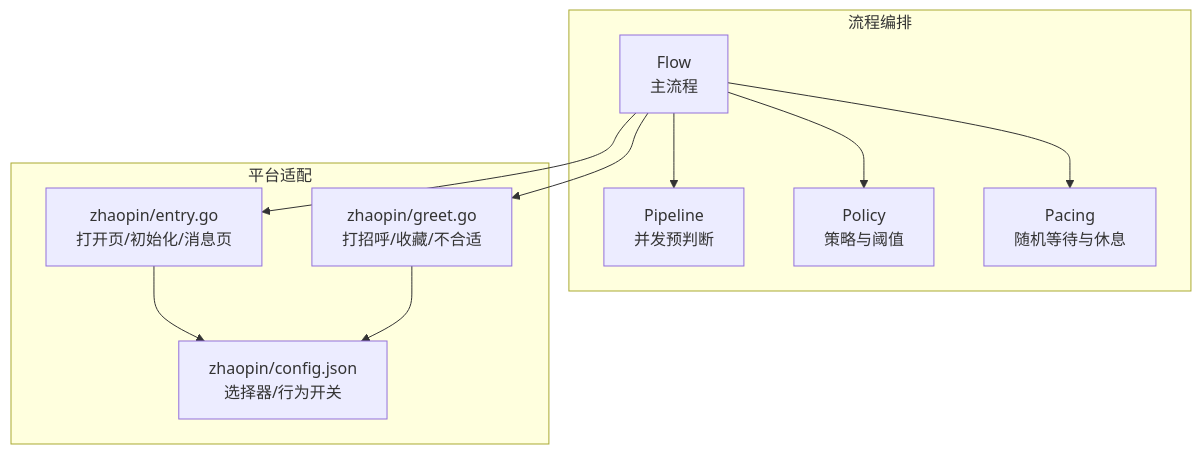
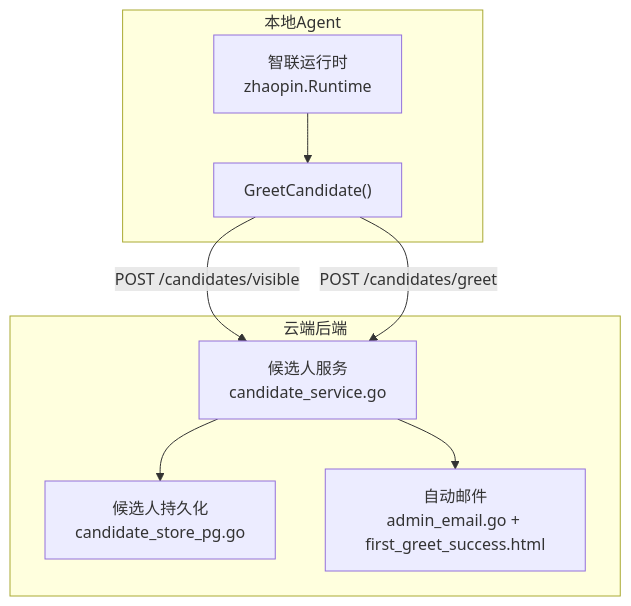
One commit to alvinwangzi/goodhr changed the first of 4 diagrams in .qoder/repowiki/zh/content/本地执行器/平台适配器/智联招聘适配器/自动问候.md. Above: the diagram before and after it, drawn with Mermaid. The commit also changed other lines of this file and 149 other files, not shown here.

````diff
--- a/.qoder/repowiki/zh/content/本地执行器/平台适配器/智联招聘适配器/自动问候.md
+++ b/.qoder/repowiki/zh/content/本地执行器/平台适配器/智联招聘适配器/自动问候.md
@@ -35,21 +34,17 @@
 ```mermaid
 graph TB
-subgraph "流程编排"
-F["Flow<br/>主流程"]
-P["Pipeline<br/>并发预判断"]
-Pol["Policy<br/>策略与阈值"]
-Pace["Pacing<br/>随机等待与休息"]
+subgraph "本地Agent"
+ZR["智联运行时<br/>zhaopin.Runtime"]
+Greet["GreetCandidate()"]
 end
-subgraph "平台适配"
-ZG["zhaopin/greet.go<br/>打招呼/收藏/不合适"]
-ZE["zhaopin/entry.go<br/>打开页/初始化/消息页"]
-ZC["zhaopin/config.json<br/>选择器/行为开关"]
+subgraph "云端后端"
+API["候选人服务<br/>candidate_service.go"]
+Store["候选人持久化<br/>candidate_store_pg.go"]
+Email["自动邮件<br/>admin_email.go + first_greet_success.html"]
 end
-F --> P
-F --> Pol
-F --> Pace
-F --> ZG
-F --> ZE
-ZE --> ZC
-ZG --> ZC
+ZR --> Greet
+Greet --> |"POST /candidates/visible"| API
+Greet --> |"POST /candidates/greet"| API
+API --> Store
+API --> Email
 ```
````
